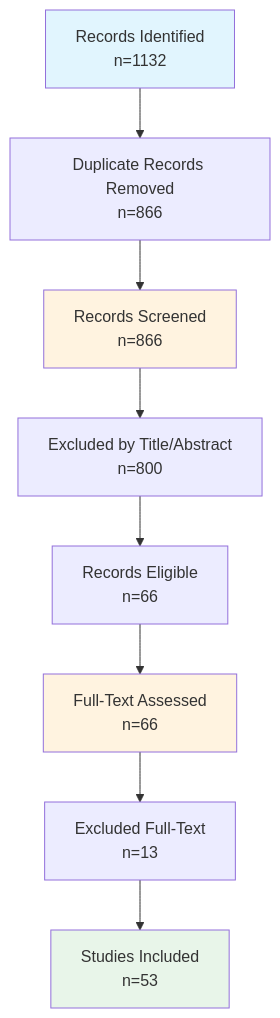
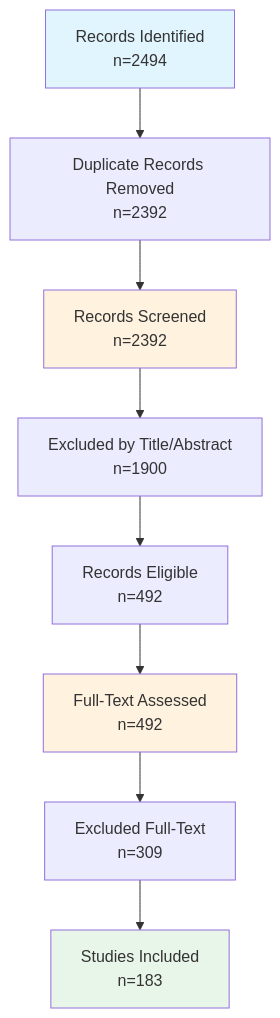
The diagram in slr_results/09_report.md (OliveiraEdu/R), drawn with Mermaid before and after one commit. The commit also changed other lines of this file and 12 other files, not shown here.

````diff
--- a/slr_results/09_report.md
+++ b/slr_results/09_report.md
@@ -31,14 +32,14 @@
 ```mermaid
 flowchart TD
-    A[Records Identified<br/>n=1132] --> B[Duplicate Records Removed<br/>n=866]
-    B --> C[Records Screened<br/>n=866]
-    C --> D[Excluded by Title/Abstract<br/>n=800]
-    D --> E[Records Eligible<br/>n=66]
-    E --> F[Full-Text Assessed<br/>n=66]
-    F --> G[Excluded Full-Text<br/>n=13]
-    G --> H[Studies Included<br/>n=53]
+    A[Records Identified<br/>n=2494] --> B[Duplicate Records Removed<br/>n=2392]
+    B --> C[Records Screened<br/>n=2392]
+    C --> D[Excluded by Title/Abstract<br/>n=1900]
+    D --> E[Records Eligible<br/>n=492]
+    E --> F[Full-Text Assessed<br/>n=492]
+    F --> G[Excluded Full-Text<br/>n=309]
+    G --> H[Studies Included<br/>n=183]
     style A fill:#e1f5fe
     style C fill:#fff3e0
     style F fill:#fff3e0
     style H fill:#e8f5e9
 ```
````
